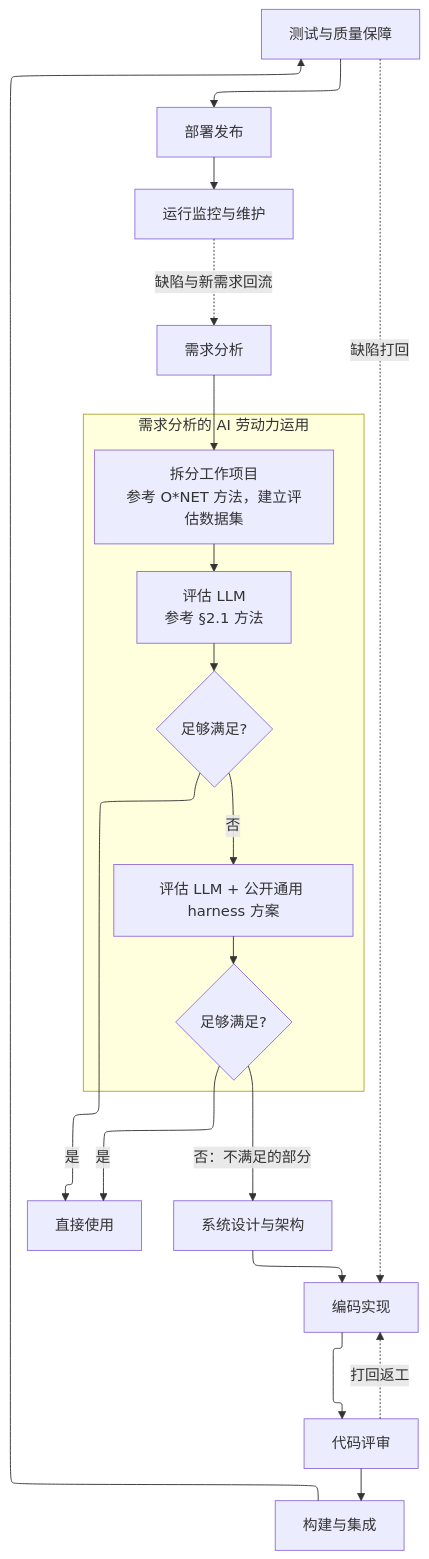
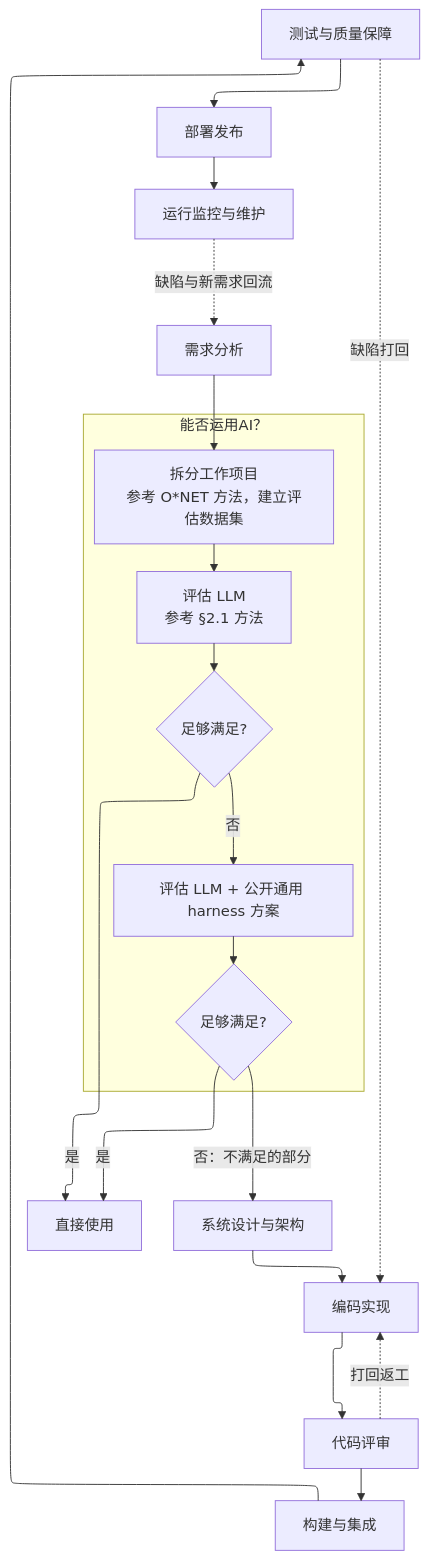
One commit to AI-LLM/Controversy changed the second of 2 diagrams in chat/AIKnowledgeLabor.md. Above: the diagram before and after it, drawn with Mermaid. The commit also changed other lines of this file, not shown here.

````diff
--- a/chat/AIKnowledgeLabor.md
+++ b/chat/AIKnowledgeLabor.md
@@ -628,27 +628,27 @@
 ```mermaid
 ---
 config:
   layout: elk
 ---
 graph TD
     R[需求分析] --> A1
-    subgraph SP [需求分析的 AI 劳动力运用]
+    subgraph SP [能否运用AI？]
         direction TB
         A1[拆分工作项目<br/>参考 O*NET 方法，建立评估数据集] --> A2[评估 LLM<br/>参考 §2.1 方法]
         A2 --> Q1{足够满足?}
         Q1 -- 否 --> A3[评估 LLM + 公开通用 harness 方案]
         A3 --> Q2{足够满足?}
     end
     Q1 -- 是 --> U[直接使用]
     Q2 -- 是 --> U
     Q2 -- 否：不满足的部分 --> D[系统设计与架构]
     D --> C[编码实现]
     C --> CR[代码评审]
     CR --> IG[构建与集成]
     IG --> T[测试与质量保障]
     T --> DP[部署发布]
     DP --> MO[运行监控与维护]
     CR -. 打回返工 .-> C
     T -. 缺陷打回 .-> C
     MO -. 缺陷与新需求回流 .-> R
 ```
````
